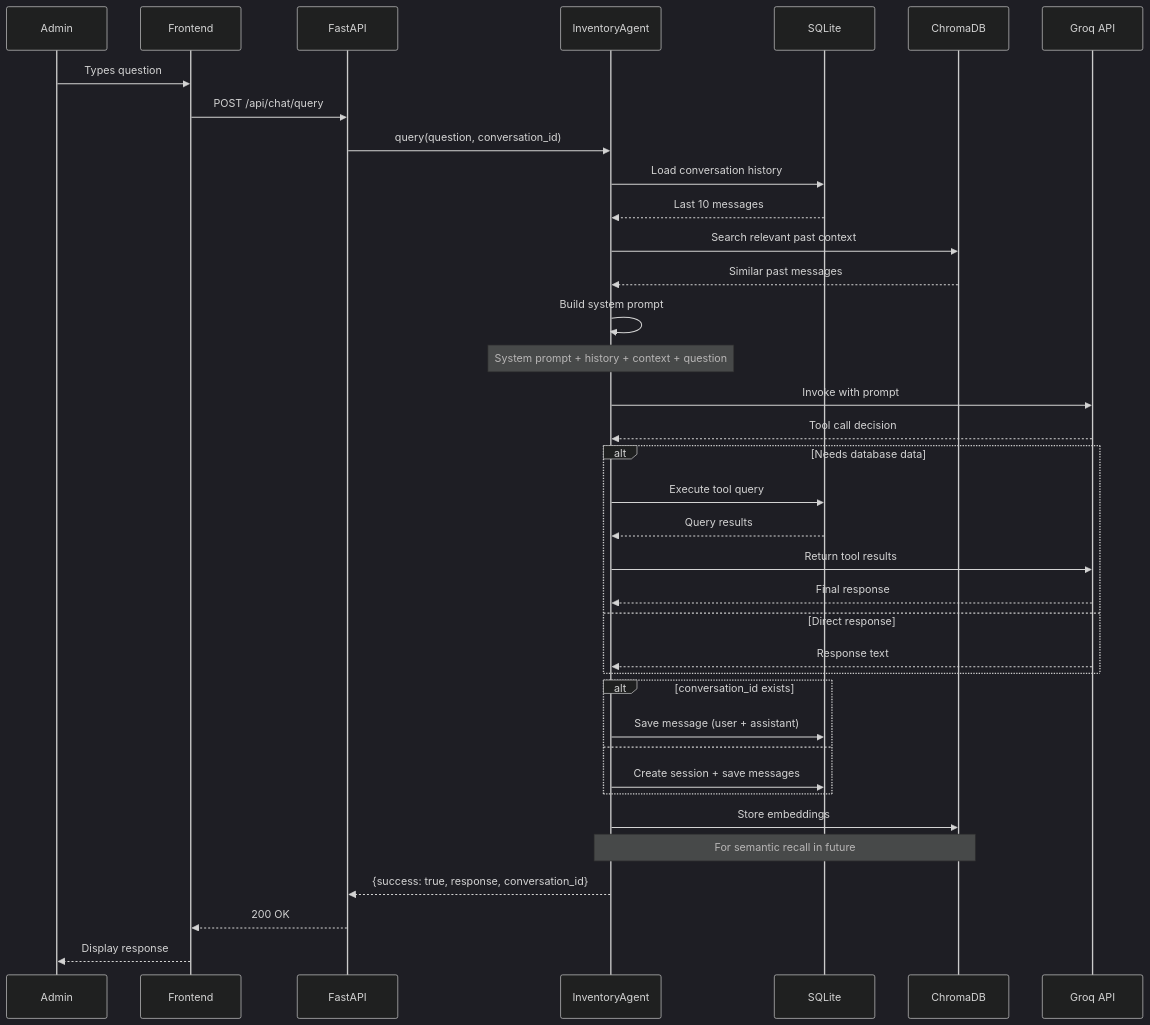
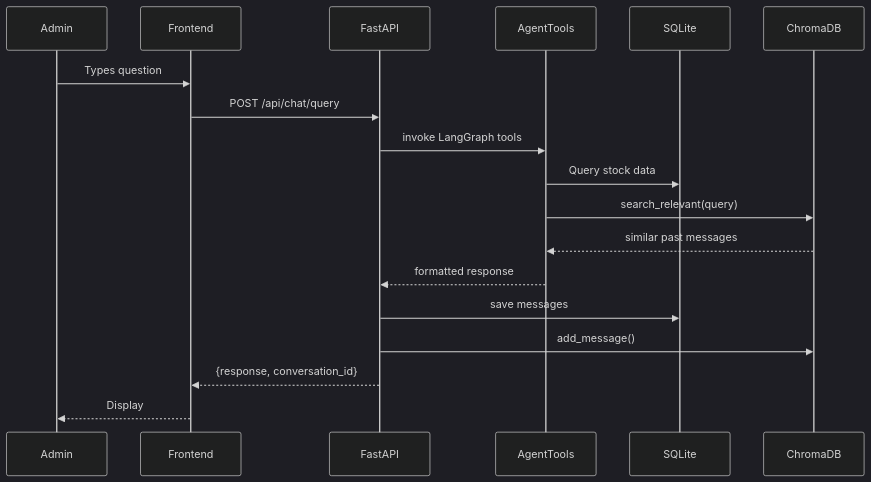
The third of 3 diagrams in docs/LLD.md (Sayandip05/smart-inventory-assistant), drawn with Mermaid (dark theme) before and after one commit. The commit also changed other lines of this file and 13 other files, not shown here.

````diff
--- a/docs/LLD.md
+++ b/docs/LLD.md
@@ -804,47 +443,21 @@
 ```mermaid
 sequenceDiagram
     participant U as Admin
     participant F as Frontend
     participant API as FastAPI
-    participant A as InventoryAgent
+    participant A as AgentTools
     participant DB as SQLite
     participant V as ChromaDB
-    participant LLM as Groq API
 
     U->>F: Types question
     F->>API: POST /api/chat/query
-    API->>A: query(question, conversation_id)
-    
-    A->>DB: Load conversation history
-    DB-->>A: Last 10 messages
-    A->>V: Search relevant past context
-    V-->>A: Similar past messages
-    
-    A->>A: Build system prompt
-    Note over A: System prompt + history + context + question
-    
-    A->>LLM: Invoke with prompt
-    LLM-->>A: Tool call decision
-    
-    alt Needs database data
-        A->>DB: Execute tool query
-        DB-->>A: Query results
-        A->>LLM: Return tool results
-        LLM-->>A: Final response
-    else Direct response
-        LLM-->>A: Response text
-    end
-    
-    alt conversation_id exists
-        A->>DB: Save message (user + assistant)
-    else
-        A->>DB: Create session + save messages
-    end
-    
-    A->>V: Store embeddings
-    Note over A,V: For semantic recall in future
-    
-    A-->>API: {success: true, response, conversation_id}
-    API-->>F: 200 OK
-    F-->>U: Display response
+    API->>A: invoke LangGraph tools
+    A->>DB: Query stock data
+    A->>V: search_relevant(query)
+    V-->>A: similar past messages
+    A-->>API: formatted response
+    API->>DB: save messages
+    API->>V: add_message()
+    API-->>F: {response, conversation_id}
+    F-->>U: Display
 ```
````
